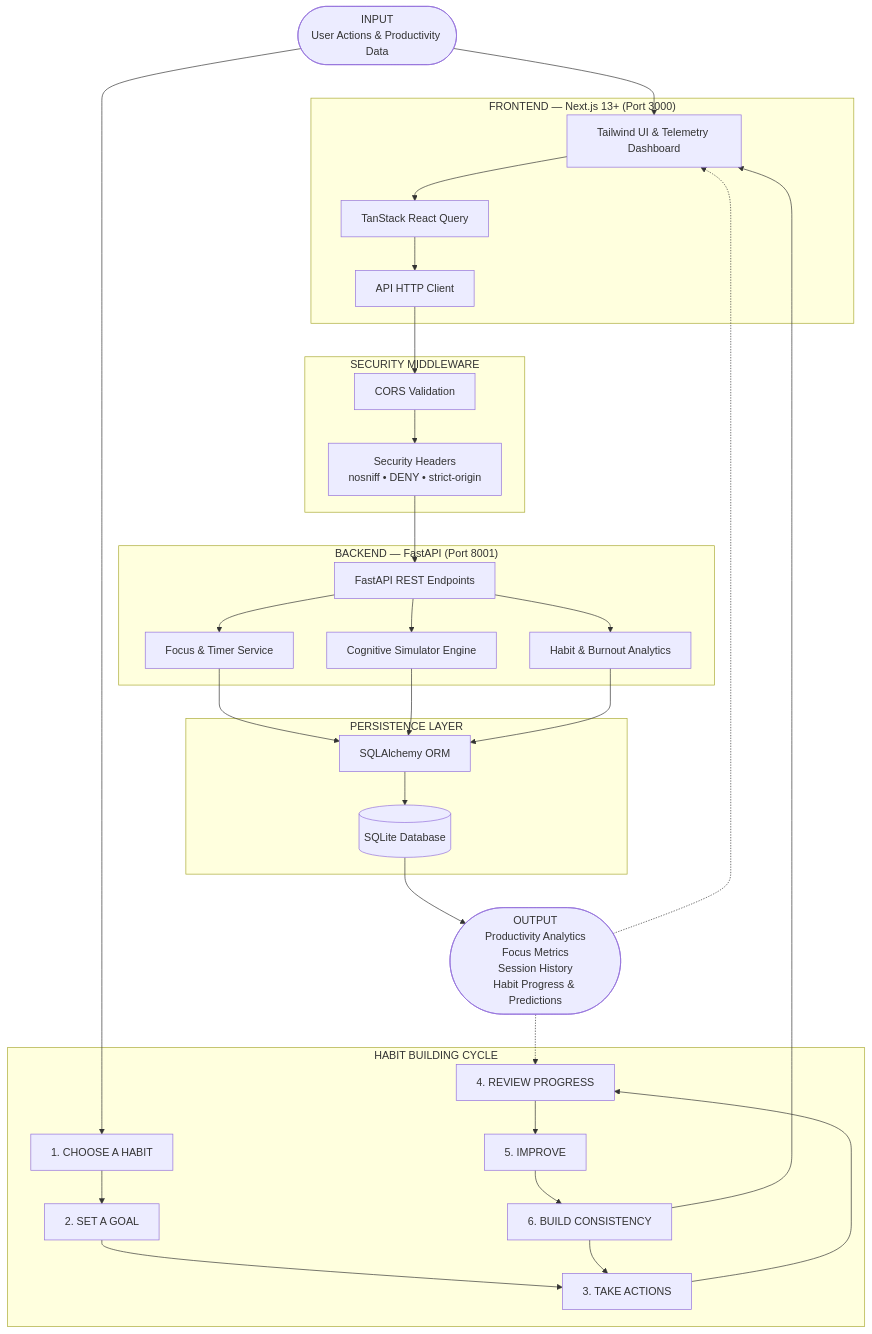
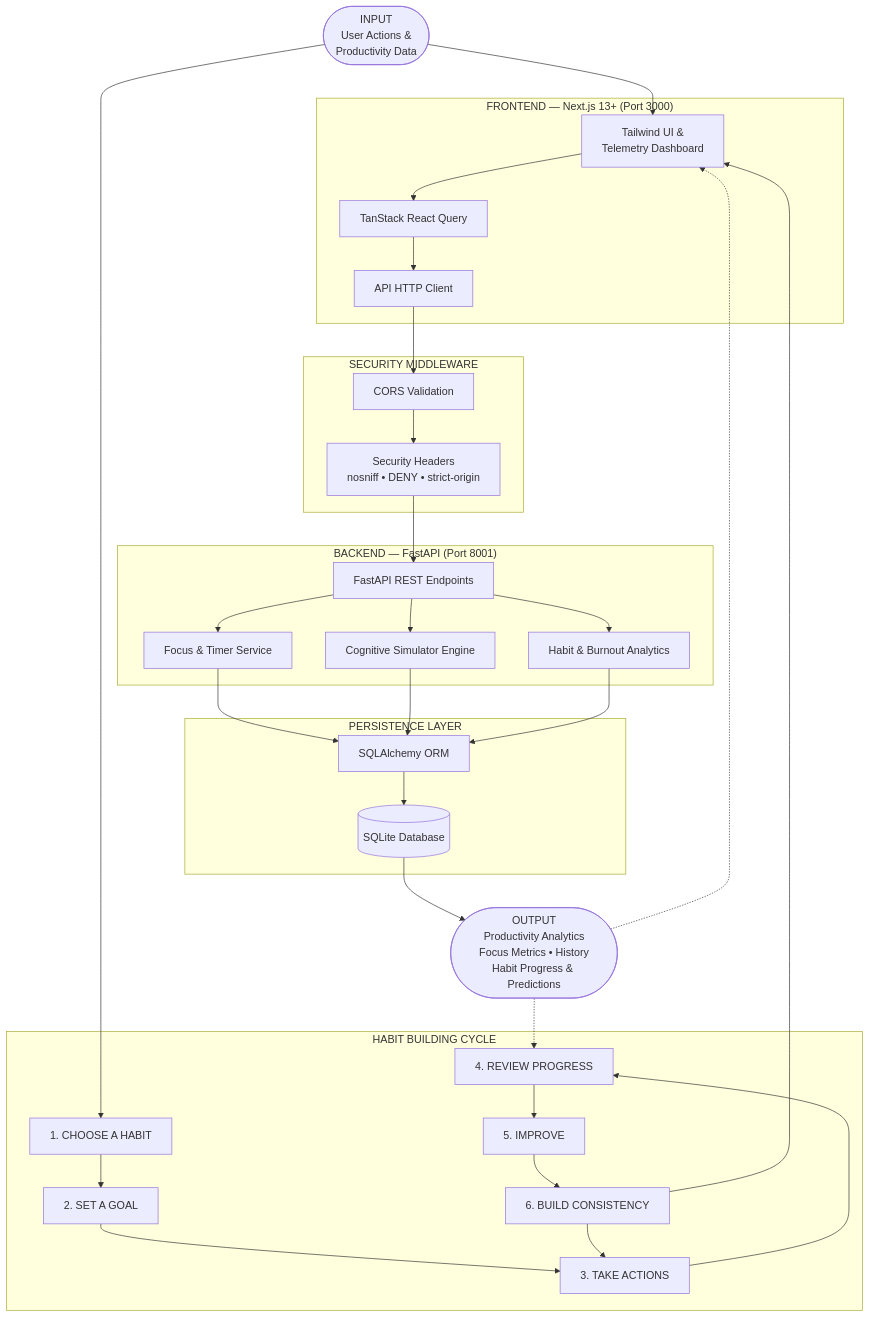
One commit to ISBANDURAHUMAN-R/LIFE_CORE changed the diagram in README.md. Above: the diagram before and after it, drawn with Mermaid.

Commit message:
docs: fix Mermaid diagram text visibility, wrapping and responsive layout

````diff
--- a/README.md
+++ b/README.md
@@ -23,60 +23,60 @@
 ```mermaid
 flowchart TD
-    A(["INPUT<br/>User Actions & Productivity Data"])
+    A(["INPUT<br/>User Actions &amp;<br/>Productivity Data"])
 
     subgraph Habit ["HABIT BUILDING CYCLE"]
         H1["1. CHOOSE A HABIT"]
         H2["2. SET A GOAL"]
         H3["3. TAKE ACTIONS"]
         H4["4. REVIEW PROGRESS"]
         H5["5. IMPROVE"]
         H6["6. BUILD CONSISTENCY"]
 
         H1 --> H2 --> H3 --> H4 --> H5 --> H6
         H6 --> H3
     end
 
     subgraph Frontend ["FRONTEND — Next.js 13+ (Port 3000)"]
-        B["Tailwind UI & Telemetry Dashboard"]
+        B["Tailwind UI &amp;<br/>Telemetry Dashboard"]
         C["TanStack React Query"]
         D["API HTTP Client"]
         B --> C --> D
     end
 
     subgraph Security ["SECURITY MIDDLEWARE"]
         E["CORS Validation"]
         F["Security Headers<br/>nosniff • DENY • strict-origin"]
         E --> F
     end
 
     subgraph Backend ["BACKEND — FastAPI (Port 8001)"]
         G["FastAPI REST Endpoints"]
         I["Focus & Timer Service"]
         J["Cognitive Simulator Engine"]
         K["Habit & Burnout Analytics"]
 
         G --> I
         G --> J
         G --> K
     end
 
     subgraph Storage ["PERSISTENCE LAYER"]
         L["SQLAlchemy ORM"]
         M[("SQLite Database")]
         L --> M
     end
 
-    N(["OUTPUT<br/>Productivity Analytics<br/>Focus Metrics<br/>Session History<br/>Habit Progress & Predictions"])
+    N(["OUTPUT<br/>Productivity Analytics<br/>Focus Metrics • History<br/>Habit Progress &amp; Predictions"])
 
     A --> B
     A --> H1
     H6 --> B
     D --> E
     F --> G
     I --> L
     J --> L
     K --> L
     M --> N
     N -.-> B
     N -.-> H4
 ```
````
